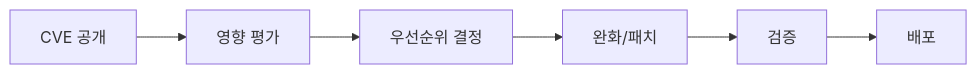
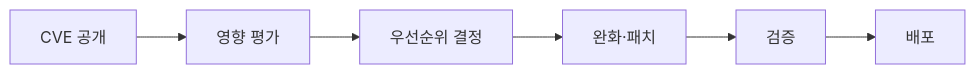
Before and after one commit to cloudpickr/cloudpick-docs: the second of 2 diagrams in src/content/docs/ko/devops/patch-and-vulnerability.md, drawn with Mermaid. The commit also changed 29 other files, not shown here.

First line of the commit message:
fix: Mermaid 전수조사 — 노드 라벨 슬래시 13건 수정 (ko/en/ja)

````diff
--- a/src/content/docs/ko/devops/patch-and-vulnerability.md
+++ b/src/content/docs/ko/devops/patch-and-vulnerability.md
@@ -78,4 +78,4 @@
 ```mermaid
 graph LR
-    A[CVE 공개] --> B[영향 평가] --> C[우선순위 결정] --> D[완화/패치] --> E[검증] --> F[배포]
+    A[CVE 공개] --> B[영향 평가] --> C[우선순위 결정] --> D[완화·패치] --> E[검증] --> F[배포]
 ```
````
